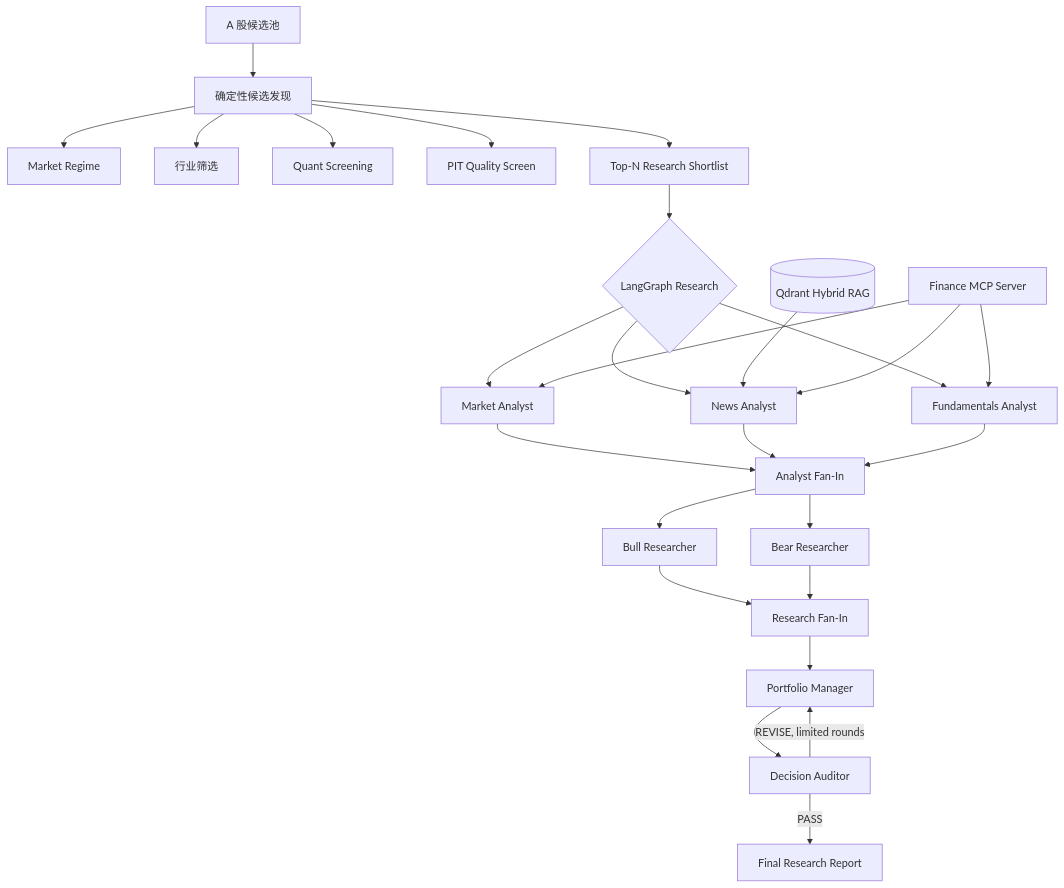
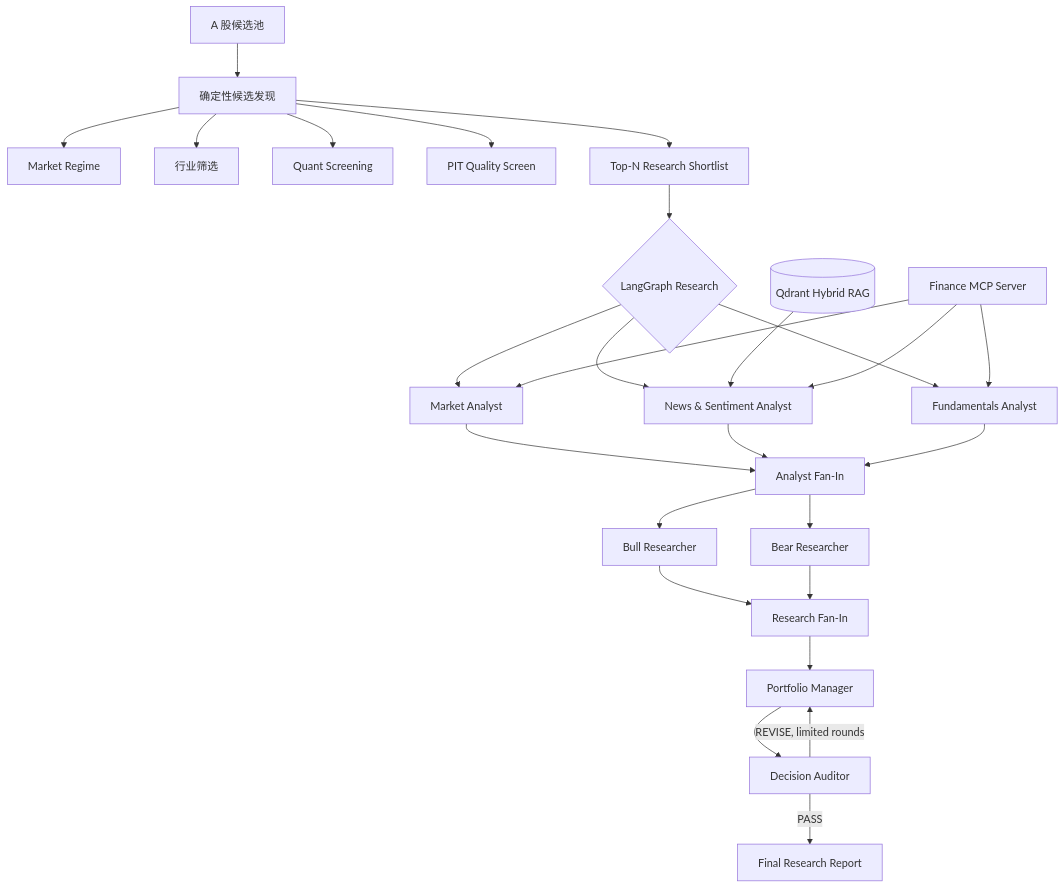
One commit to wyh22/multi-agent-trading changed the diagram in README.md. Above: the diagram before and after it, drawn with Mermaid. The commit also changed other lines of this file, not shown here.

Commit message:
docs: align README with cleaned A-share architecture

````diff
--- a/README.md
+++ b/README.md
@@ -47,33 +47,33 @@
 ```mermaid
 flowchart TD
     A[A 股候选池] --> B[确定性候选发现]
     B --> B1[Market Regime]
     B --> B2[行业筛选]
     B --> B3[Quant Screening]
     B --> B4[PIT Quality Screen]
     B --> C[Top-N Research Shortlist]
 
     C --> D{LangGraph Research}
     D --> M[Market Analyst]
-    D --> N[News Analyst]
+    D --> N[News & Sentiment Analyst]
     D --> F[Fundamentals Analyst]
 
     M --> X[Analyst Fan-In]
     N --> X
     F --> X
 
     X --> BU[Bull Researcher]
     X --> BE[Bear Researcher]
     BU --> Y[Research Fan-In]
     BE --> Y
 
     Y --> PM[Portfolio Manager]
     PM --> AU[Decision Auditor]
     AU -->|PASS| E[Final Research Report]
     AU -->|REVISE, limited rounds| PM
 
     R[(Qdrant Hybrid RAG)] --> N
     MCP[Finance MCP Server] --> M
     MCP --> N
     MCP --> F
 ```
````
